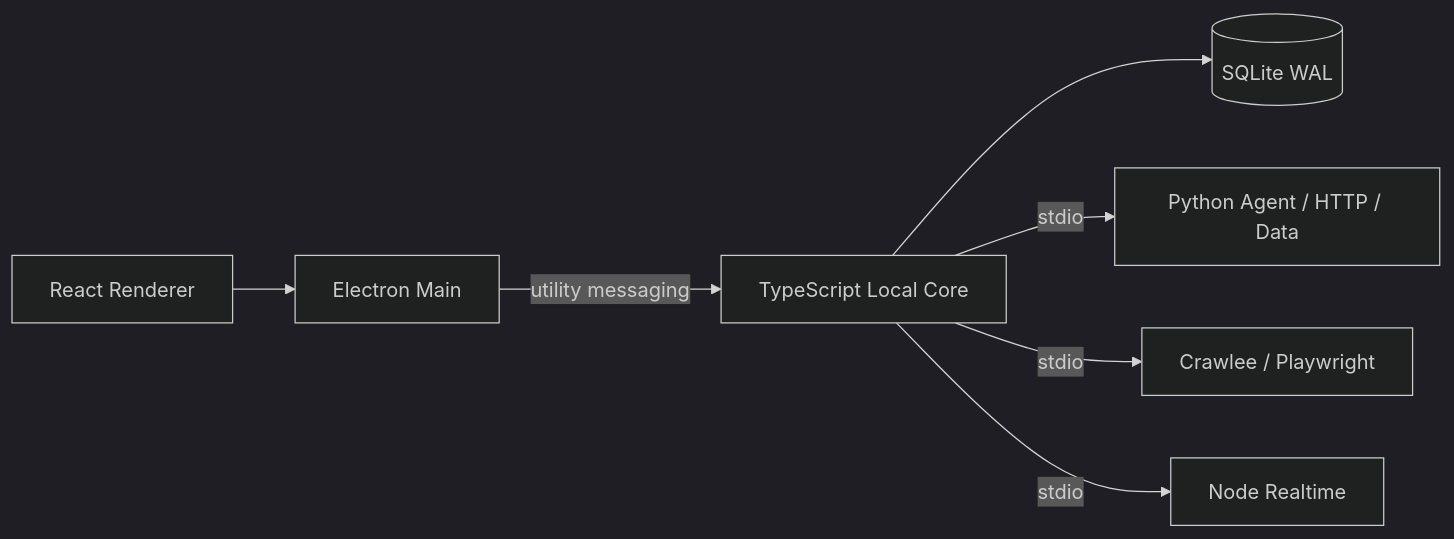
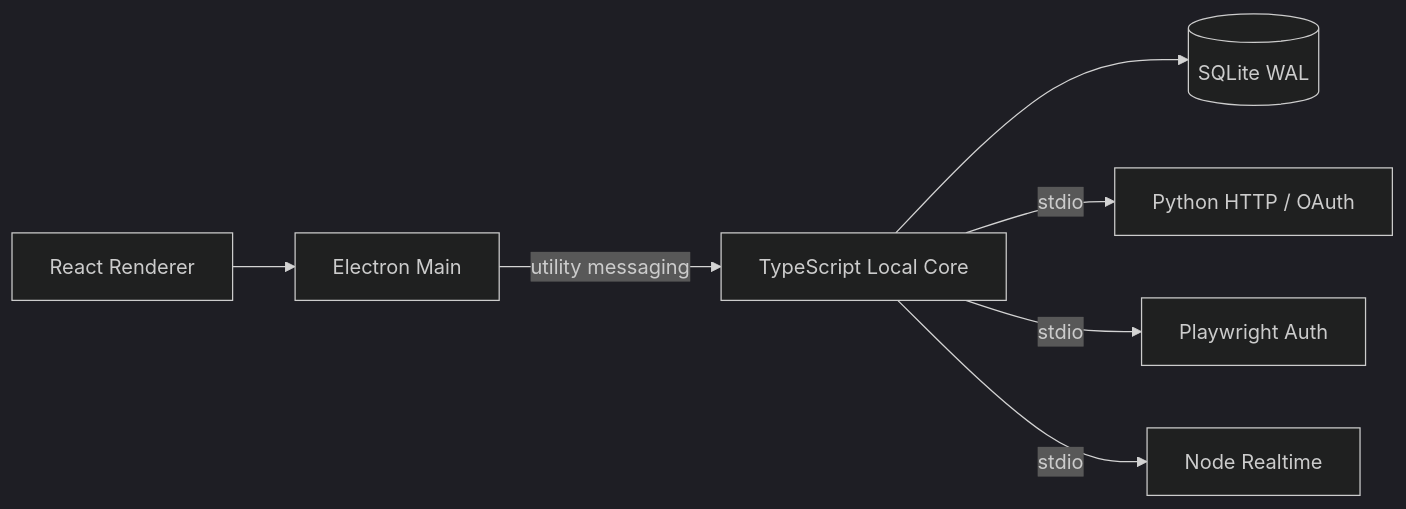
One commit to YFBY-Java/bili-monitor-desktop changed the diagram in README.md. Above: the diagram before and after it, drawn with Mermaid (dark theme). The commit also changed other lines of this file and 170 other files, not shown here.

````diff
--- a/README.md
+++ b/README.md
@@ -25,9 +24,9 @@
 ```mermaid
 flowchart LR
   UI[React Renderer] --> MAIN[Electron Main]
   MAIN -->|utility messaging| CORE[TypeScript Local Core]
   CORE --> DB[(SQLite WAL)]
-  CORE -->|stdio| PY[Python Agent / HTTP / Data]
-  CORE -->|stdio| BROWSER[Crawlee / Playwright]
+  CORE -->|stdio| PY[Python HTTP / OAuth]
+  CORE -->|stdio| BROWSER[Playwright Auth]
   CORE -->|stdio| LIVE[Node Realtime]
 ```
````
